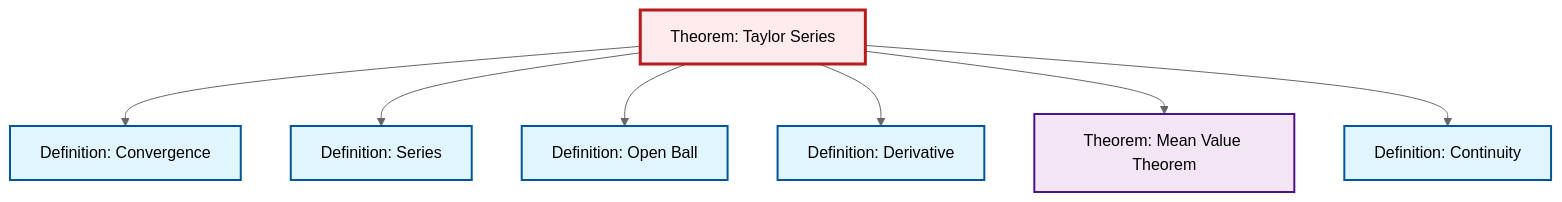
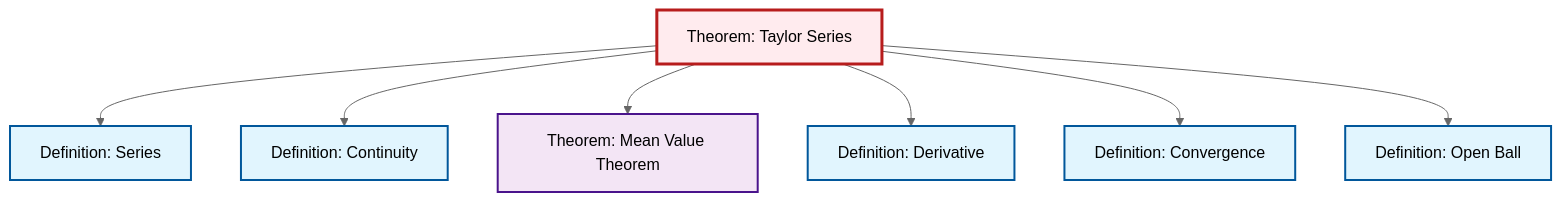
The diagram in content/en/analysis/thm-taylor-series.qmd (RK0429/ModernMath), drawn with Mermaid (neutral theme) before and after one commit. The commit also changed other lines of this file and 1012 other files, not shown here.

````diff
--- a/content/en/analysis/thm-taylor-series.qmd
+++ b/content/en/analysis/thm-taylor-series.qmd
@@ -108,29 +108,29 @@
 ```{mermaid}
 %%| fig-cap: "Local dependency graph"
 graph TD
     classDef definition fill:#e1f5fe,stroke:#01579b,stroke-width:2px
     classDef theorem fill:#f3e5f5,stroke:#4a148c,stroke-width:2px
     classDef axiom fill:#fff3e0,stroke:#e65100,stroke-width:2px
     classDef example fill:#e8f5e9,stroke:#1b5e20,stroke-width:2px
     classDef current fill:#ffebee,stroke:#b71c1c,stroke-width:3px
-    def-series["Definition: Series"]:::definition
     thm-mean-value["Theorem: Mean Value Theorem"]:::theorem
-    def-convergence["Definition: Convergence"]:::definition
     def-continuity["Definition: Continuity"]:::definition
     def-open-ball["Definition: Open Ball"]:::definition
+    def-derivative["Definition: Derivative"]:::definition
+    def-series["Definition: Series"]:::definition
+    def-convergence["Definition: Convergence"]:::definition
     thm-taylor-series["Theorem: Taylor Series"]:::theorem
-    def-derivative["Definition: Derivative"]:::definition
+    thm-taylor-series --> def-series
+    thm-taylor-series --> def-continuity
+    thm-taylor-series --> thm-mean-value
+    thm-taylor-series --> def-derivative
     thm-taylor-series --> def-convergence
-    thm-taylor-series --> def-series
     thm-taylor-series --> def-open-ball
-    thm-taylor-series --> def-derivative
-    thm-taylor-series --> thm-mean-value
-    thm-taylor-series --> def-continuity
     class thm-taylor-series current
-    click def-series "def-series.html" "Go to Series definition"
     click thm-mean-value "thm-mean-value.html" "Go to Mean Value Theorem theorem"
-    click def-convergence "def-convergence.html" "Go to Convergence definition"
     click def-continuity "def-continuity.html" "Go to Continuity definition"
     click def-open-ball "def-open-ball.html" "Go to Open Ball definition"
     click def-derivative "def-derivative.html" "Go to Derivative definition"
+    click def-series "def-series.html" "Go to Series definition"
+    click def-convergence "def-convergence.html" "Go to Convergence definition"
 ```
````
